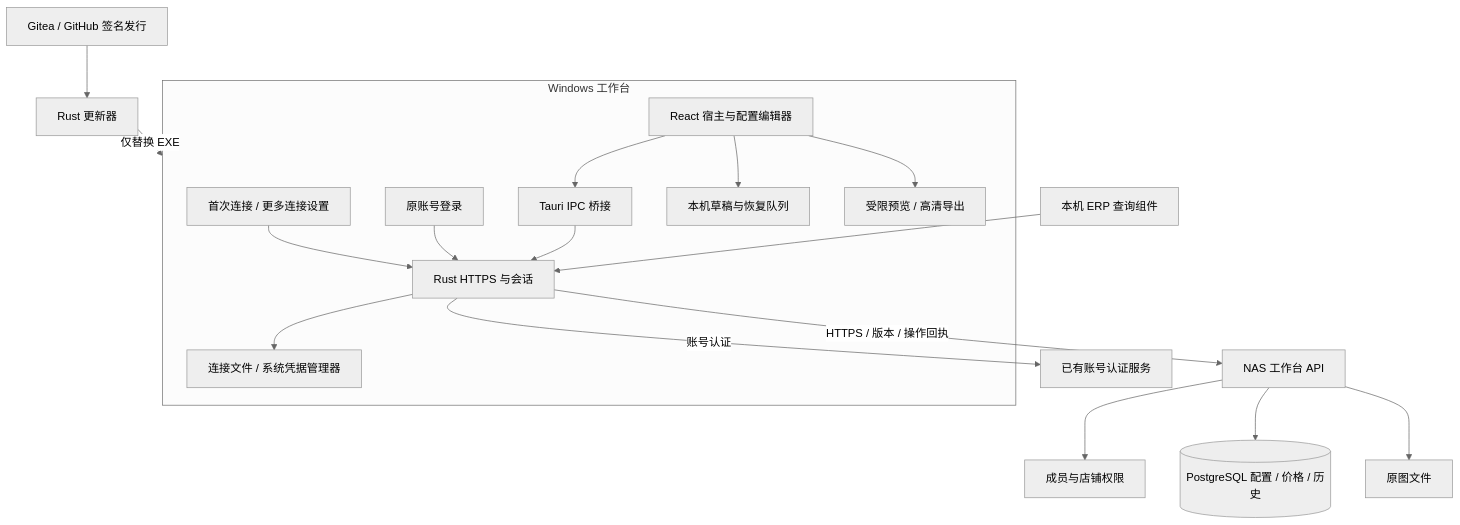
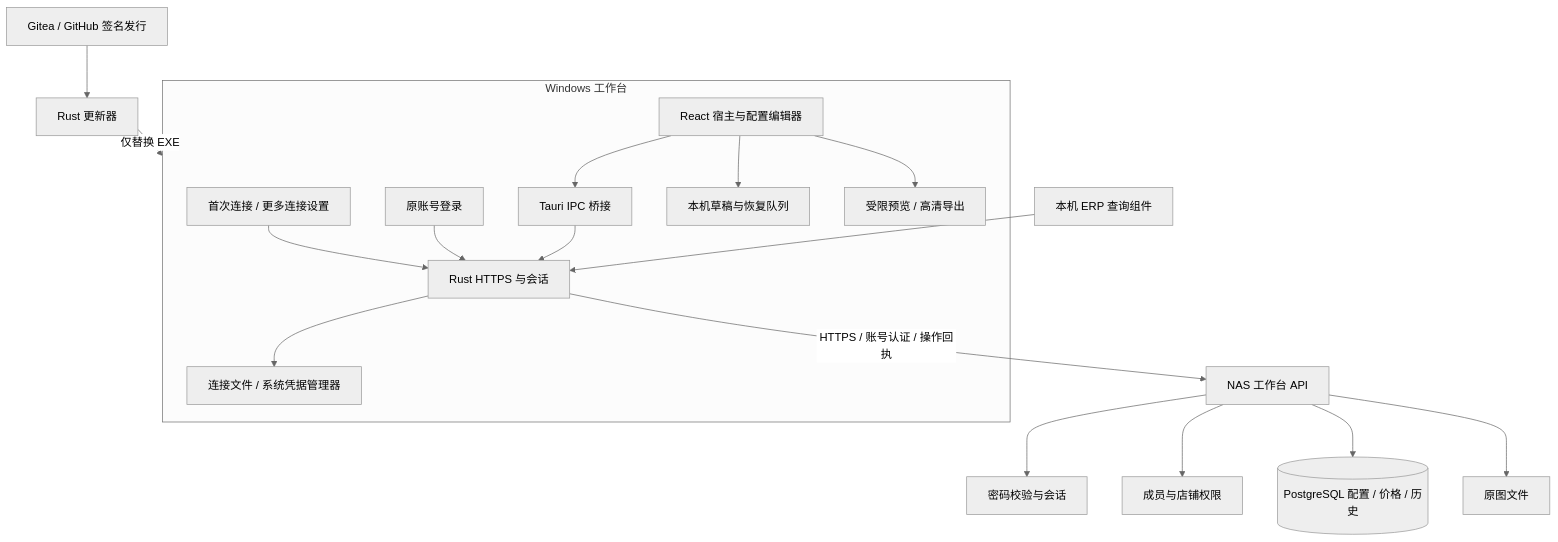
One commit to yamakaze1234/diytools-refactor changed the first of 2 diagrams in docs/PUBLIC-ARCHITECTURE.md. Above: the diagram before and after it, drawn with Mermaid (neutral theme). The commit also changed other lines of this file and 65 other files, not shown here.

````diff
--- a/docs/PUBLIC-ARCHITECTURE.md
+++ b/docs/PUBLIC-ARCHITECTURE.md
@@ -7,20 +7,21 @@
 ```mermaid
 flowchart TB
   subgraph Desktop[Windows 工作台]
     Setup[首次连接 / 更多连接设置] --> Native[Rust HTTPS 与会话]
     Login[原账号登录] --> Native
     Editor[React 宿主与配置编辑器] --> Bridge[Tauri IPC 桥接]
     Bridge --> Native
     Editor --> Draft[本机草稿与恢复队列]
     Editor --> Preview[受限预览 / 高清导出]
     Native --> Settings[连接文件 / 系统凭据管理器]
   end
-  Native -->|账号认证| Auth[已有账号认证服务]
-  Native -->|HTTPS / 版本 / 操作回执| API[NAS 工作台 API]
+
+  Native -->|HTTPS / 账号认证 / 操作回执| API[NAS 工作台 API]
+  API --> Auth[密码校验与会话]
   API --> Roles[成员与店铺权限]
   API --> PG[(PostgreSQL 配置 / 价格 / 历史)]
   API --> Images[原图文件]
   ERP[本机 ERP 查询组件] --> Native
   Releases[Gitea / GitHub 签名发行] --> Update[Rust 更新器]
   Update -->|仅替换 EXE| Desktop
 ```
````
